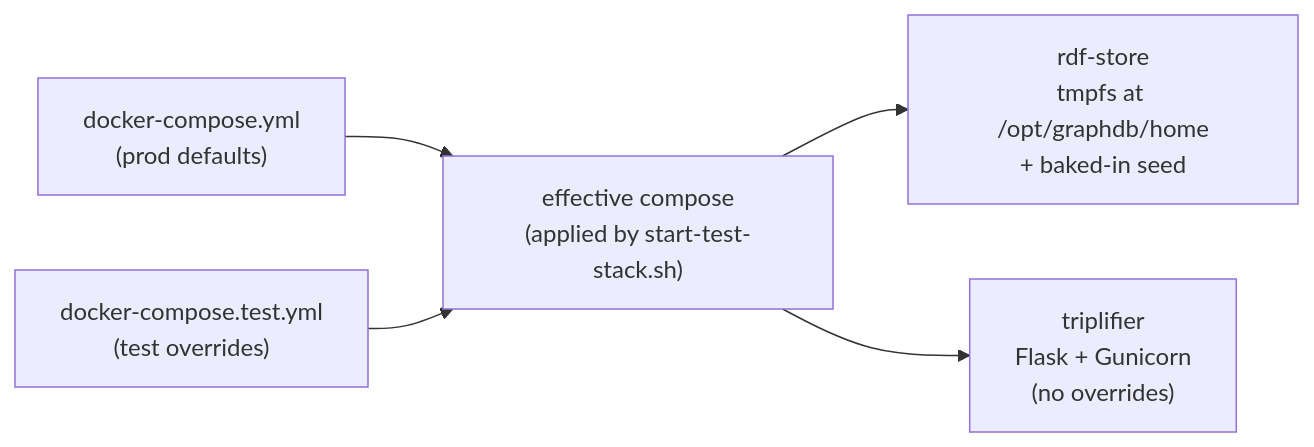
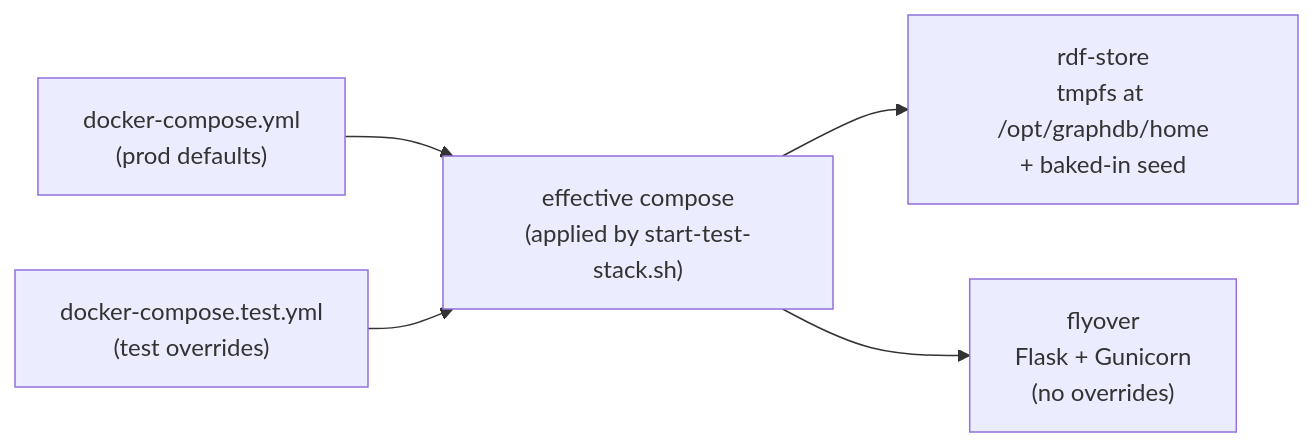
The diagram in docs/testing.md (MaastrichtU-CDS/Flyover), drawn with Mermaid before and after one commit. The commit also changed other lines of this file and 185 other files, not shown here.

First line of the commit message:
refactor: rename triplifier/ to flyover/ and move rdf-store/ to stores/rdf/

````diff
--- a/docs/testing.md
+++ b/docs/testing.md
@@ -71,12 +71,12 @@
 ```mermaid
 flowchart LR
     base["docker-compose.yml<br/>(prod defaults)"]
     overlay["docker-compose.test.yml<br/>(test overrides)"]
     merged["effective compose<br/>(applied by start-test-stack.sh)"]
     rdf["rdf-store<br/>tmpfs at /opt/graphdb/home<br/>+ baked-in seed"]
-    trip["triplifier<br/>Flask + Gunicorn<br/>(no overrides)"]
+    app["flyover<br/>Flask + Gunicorn<br/>(no overrides)"]
 
     base & overlay --> merged
     merged --> rdf
-    merged --> trip
+    merged --> app
 ```
````
